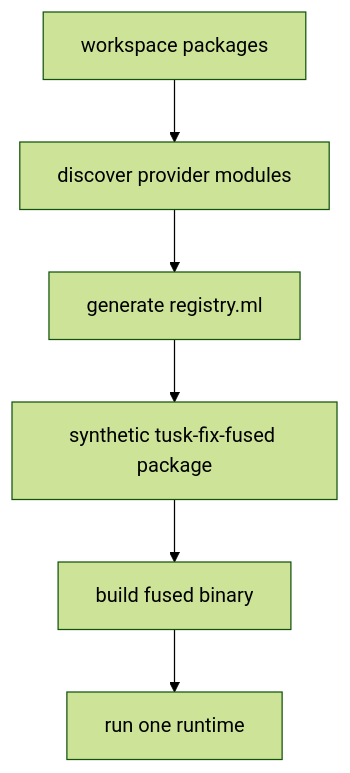
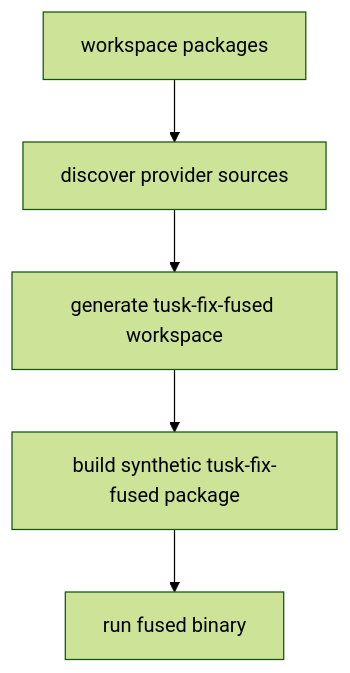
One commit to leostera/riot-lang changed the third of 4 diagrams in docs/rfds/RFD0013-tusk-fix-package-provided-rules.md. Above: the diagram before and after it, drawn with Mermaid (forest theme). The commit also changed other lines of this file and 29 other files, not shown here.

Commit message:
feat(tusk-fix): fuse package-provided rules into runtime

````diff
--- a/docs/rfds/RFD0013-tusk-fix-package-provided-rules.md
+++ b/docs/rfds/RFD0013-tusk-fix-package-provided-rules.md
@@ -255,8 +260,7 @@
 ```mermaid
 flowchart TD
-  A[workspace packages] --> B[discover provider modules]
-  B --> C[generate registry.ml]
-  C --> D[synthetic tusk-fix-fused package]
-  D --> E[build fused binary]
-  E --> F[run one runtime]
+  A[workspace packages] --> B[discover provider sources]
+  B --> C[generate tusk-fix-fused workspace]
+  C --> D[build synthetic tusk-fix-fused package]
+  D --> E[run fused binary]
 ```
````
